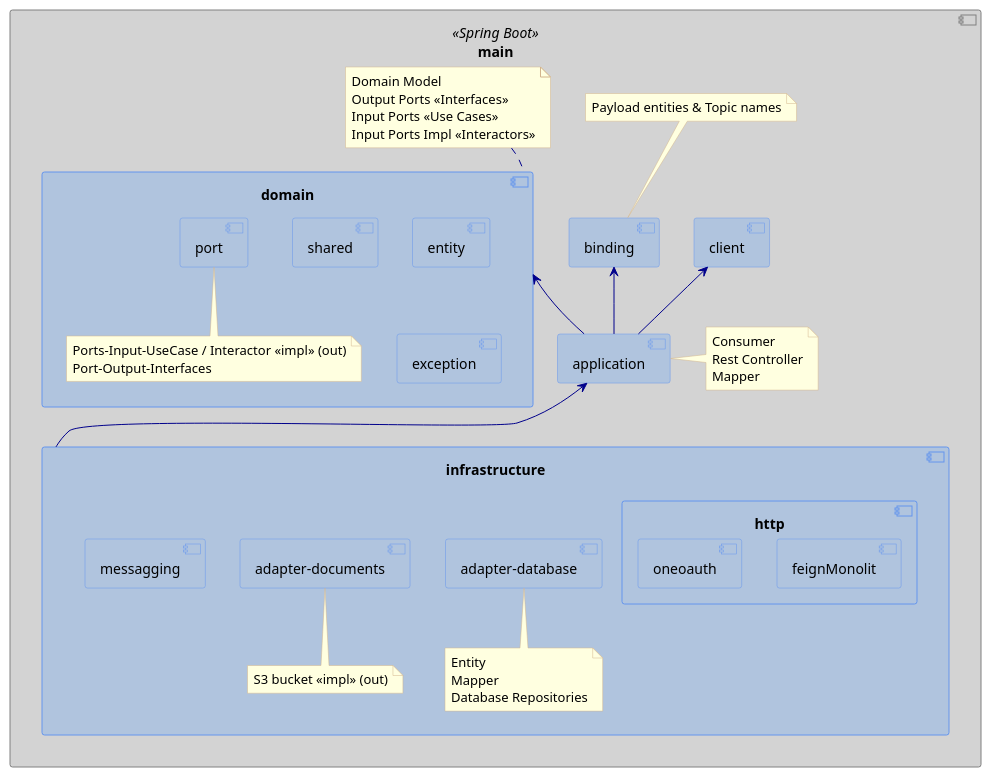
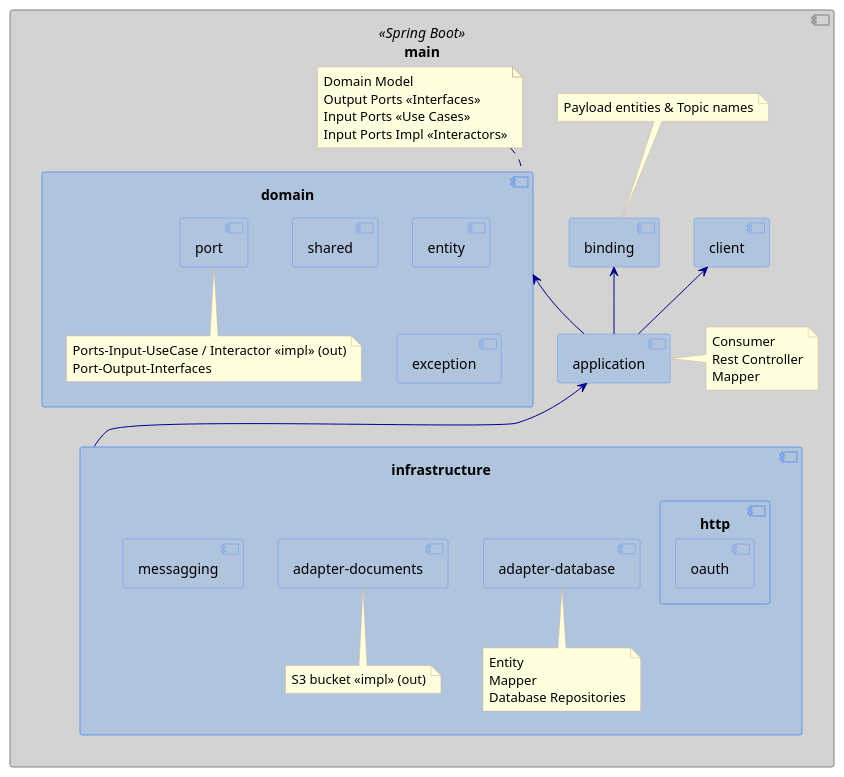
One commit to avall/kotlin-spring-cloud-stream changed the diagram in consumer/assets/modules.puml. Above: the diagram before and after it, drawn with PlantUML. The commit also changed 4 other files, not shown here.

```diff
--- a/consumer/assets/modules.puml
+++ b/consumer/assets/modules.puml
@@ -1,73 +1,73 @@
 @startuml
 
 skinparam component<<Spring Boot>> {
     backgroundColor LightGrey
     borderColor Grey
 }
 
 skinparam component {
     backgroundColor LightSteelBlue
     borderColor CornflowerBlue
     ArrowColor DarkBlue
 }
 skinparam note {
     backgroundColor LightYellow
     borderColor Tan
 }
 
 component [main] <<Spring Boot>> as main {
   component [domain] as domain {
     component [shared] as shared
     component [entity] as entity
     component [exception] as exception
     component [port] as port
       note bottom of port
         Ports-Input-UseCase / Interactor <<impl>> (out)
         Port-Output-Interfaces
       end note
    }
   component [binding] as binding
     note top of binding
       Payload entities & Topic names
     end note
   component [client] as client
   component [application] as application
   component [infrastructure] as infrastructure {
     component [adapter-database] as adapterDatabase
       note bottom of adapterDatabase
         Entity
         Mapper
         Database Repositories
       end note
     component [adapter-documents] as adapterDocuments
       note bottom of adapterDocuments
         S3 bucket <<impl>> (out)
       end note
     component [http] as http {
-      component feignMonolit
-      component oneoauth as oneoauth
+'      component feignMonolit
+      component oauth as oauth
     }
     component [messagging] as messagging
   }
 
   application -up-> client
   application -up-> domain
   application -up-> binding
   infrastructure -up-> application
 
 
   note top of domain
   Domain Model
   Output Ports <<Interfaces>>
   Input Ports <<Use Cases>>
   Input Ports Impl <<Interactors>>
   end note
 
   note right of application
   Consumer
   Rest Controller
   Mapper
   end note
 
 }
 @enduml
```
